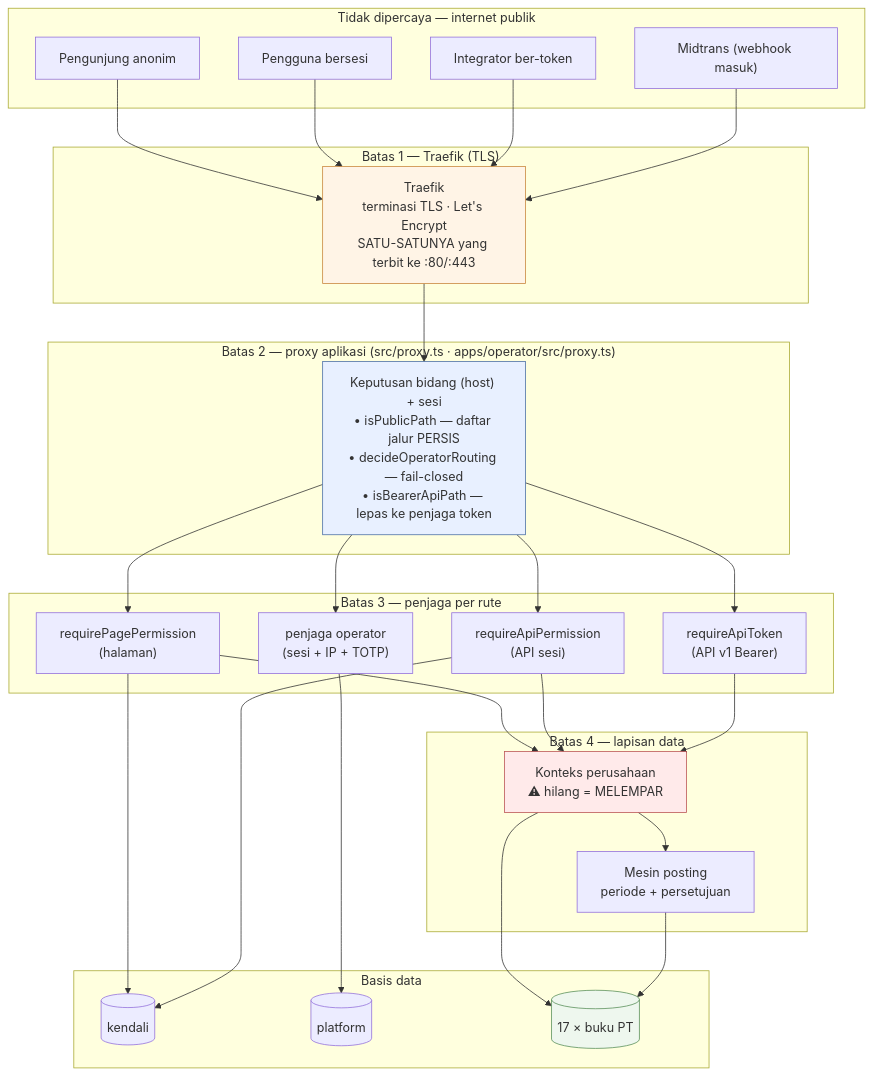
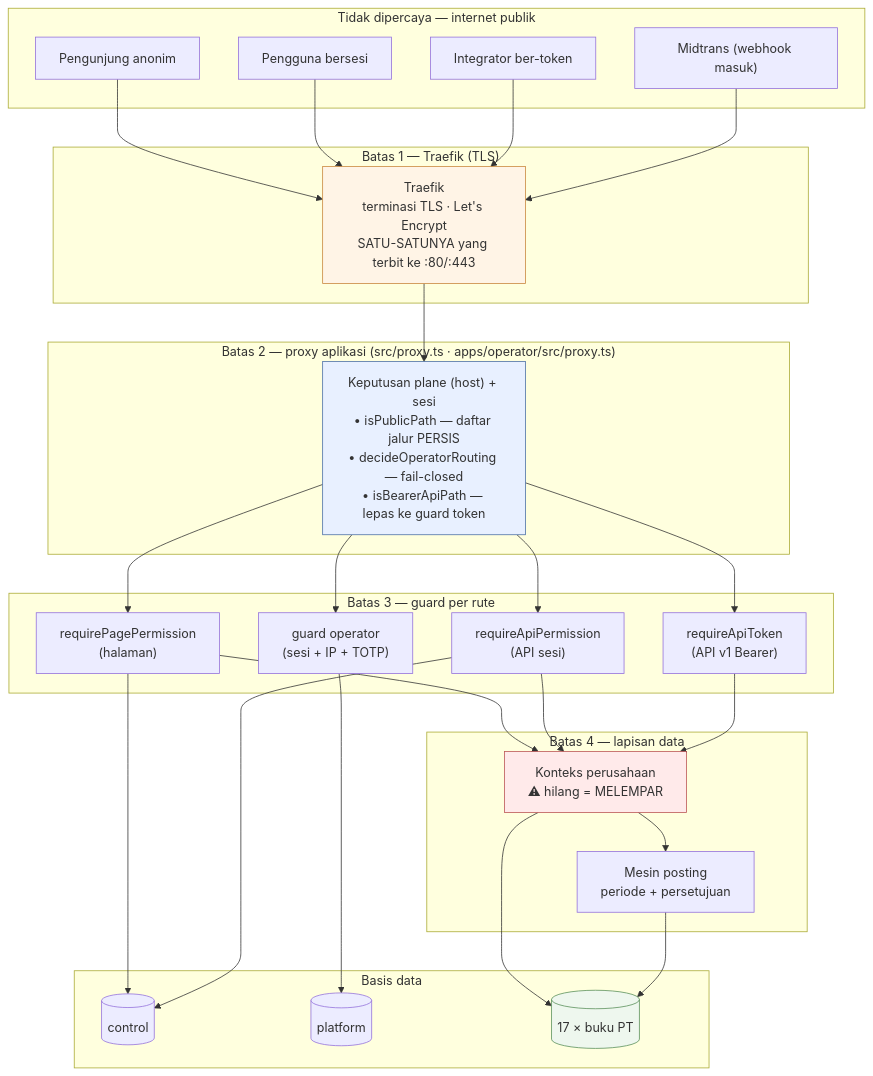
One commit to tri-evendi/sai-accounting changed the first of 5 diagrams in docs/arsitektur/02-ARSITEKTUR.md. Above: the diagram before and after it, drawn with Mermaid. The commit also changed other lines of this file and 31 other files, not shown here.

````diff
--- a/docs/arsitektur/02-ARSITEKTUR.md
+++ b/docs/arsitektur/02-ARSITEKTUR.md
@@ -38,53 +38,53 @@
 ```mermaid
 graph TB
     subgraph trust0["Tidak dipercaya — internet publik"]
         ANON["Pengunjung anonim"]
         USER["Pengguna bersesi"]
         INTEG["Integrator ber-token"]
         GATEWAY["Midtrans (webhook masuk)"]
     end
 
     subgraph trust1["Batas 1 — Traefik (TLS)"]
         TRAEFIK["Traefik<br/>terminasi TLS · Let's Encrypt<br/>SATU-SATUNYA yang terbit ke :80/:443"]
     end
 
     subgraph trust2["Batas 2 — proxy aplikasi (src/proxy.ts · apps/operator/src/proxy.ts)"]
-        PROXY["Keputusan bidang (host) + sesi<br/>• isPublicPath — daftar jalur PERSIS<br/>• decideOperatorRouting — fail-closed<br/>• isBearerApiPath — lepas ke penjaga token"]
+        PROXY["Keputusan plane (host) + sesi<br/>• isPublicPath — daftar jalur PERSIS<br/>• decideOperatorRouting — fail-closed<br/>• isBearerApiPath — lepas ke guard token"]
     end
 
-    subgraph trust3["Batas 3 — penjaga per rute"]
+    subgraph trust3["Batas 3 — guard per rute"]
         PG["requirePagePermission<br/>(halaman)"]
         AG["requireApiPermission<br/>(API sesi)"]
         TG["requireApiToken<br/>(API v1 Bearer)"]
-        OG["penjaga operator<br/>(sesi + IP + TOTP)"]
+        OG["guard operator<br/>(sesi + IP + TOTP)"]
     end
 
     subgraph trust4["Batas 4 — lapisan data"]
         CTX["Konteks perusahaan<br/>⚠ hilang = MELEMPAR"]
         POST["Mesin posting<br/>periode + persetujuan"]
     end
 
     subgraph data["Basis data"]
-        CDB[("kendali")]
+        CDB[("control")]
         PDB[("platform")]
         BDB[("17 × buku PT")]
     end
 
     ANON --> TRAEFIK
     USER --> TRAEFIK
     INTEG --> TRAEFIK
     GATEWAY --> TRAEFIK
     TRAEFIK --> PROXY
     PROXY --> PG & AG & TG & OG
     PG & AG & TG --> CTX
     OG --> PDB
     CTX --> BDB
     CTX --> POST
     POST --> BDB
     PG & AG --> CDB
 
     style TRAEFIK fill:#fff4e6,stroke:#c9873d
     style PROXY fill:#e8f0ff,stroke:#4a6fa5
     style CTX fill:#ffeaea,stroke:#b55
     style BDB fill:#eef7ee,stroke:#5a8f5a
 ```
````
